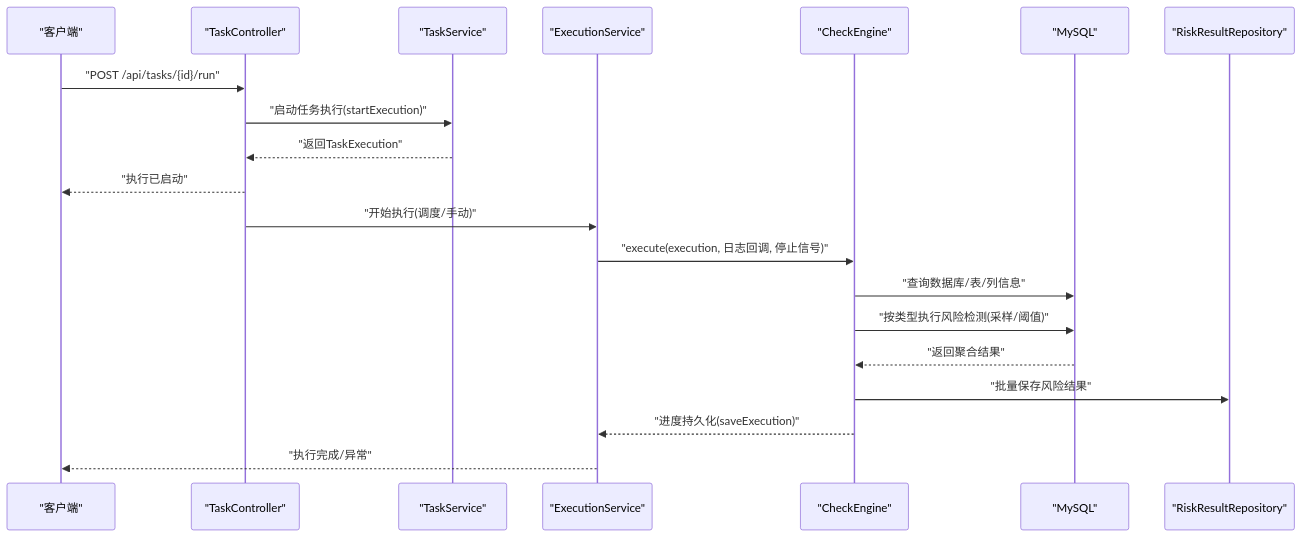
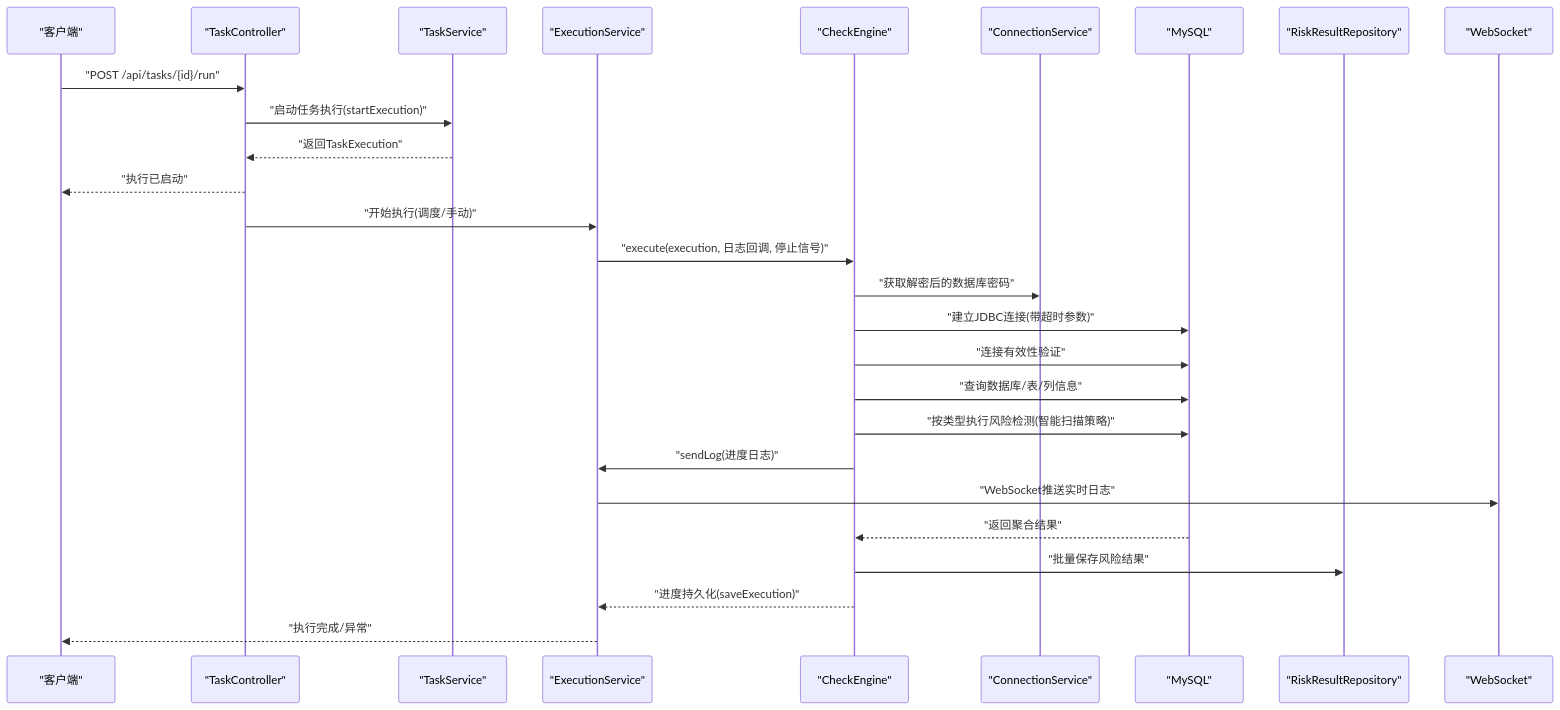
One commit to zzjxmy/mysql-risk-filed-check changed the second of 8 diagrams in .qoder/repowiki/zh/content/核心功能模块/风险检测引擎.md. Above: the diagram before and after it, drawn with Mermaid. The commit also changed other lines of this file and 6 other files, not shown here.

````diff
--- a/.qoder/repowiki/zh/content/核心功能模块/风险检测引擎.md
+++ b/.qoder/repowiki/zh/content/核心功能模块/风险检测引擎.md
@@ -112,22 +136,29 @@
 ```mermaid
 sequenceDiagram
 participant C as "客户端"
 participant TC as "TaskController"
 participant TS as "TaskService"
 participant ES as "ExecutionService"
 participant CE as "CheckEngine"
+participant CS as "ConnectionService"
 participant DB as "MySQL"
 participant RRS as "RiskResultRepository"
+participant WS as "WebSocket"
 C->>TC : "POST /api/tasks/{id}/run"
 TC->>TS : "启动任务执行(startExecution)"
 TS-->>TC : "返回TaskExecution"
 TC-->>C : "执行已启动"
 TC->>ES : "开始执行(调度/手动)"
 ES->>CE : "execute(execution, 日志回调, 停止信号)"
+CE->>CS : "获取解密后的数据库密码"
+CE->>DB : "建立JDBC连接(带超时参数)"
+CE->>DB : "连接有效性验证"
 CE->>DB : "查询数据库/表/列信息"
-CE->>DB : "按类型执行风险检测(采样/阈值)"
+CE->>DB : "按类型执行风险检测(智能扫描策略)"
+CE->>ES : "sendLog(进度日志)"
+ES->>WS : "WebSocket推送实时日志"
 DB-->>CE : "返回聚合结果"
 CE->>RRS : "批量保存风险结果"
 CE-->>ES : "进度持久化(saveExecution)"
 ES-->>C : "执行完成/异常"
 ```
````
